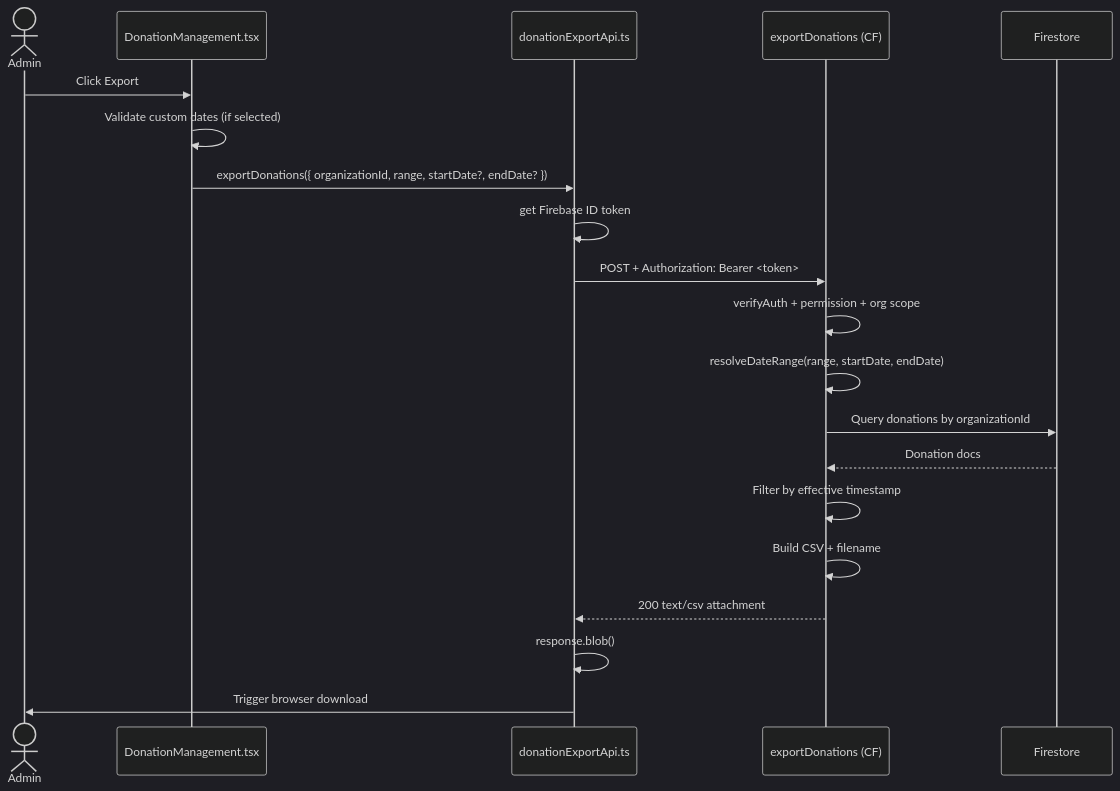
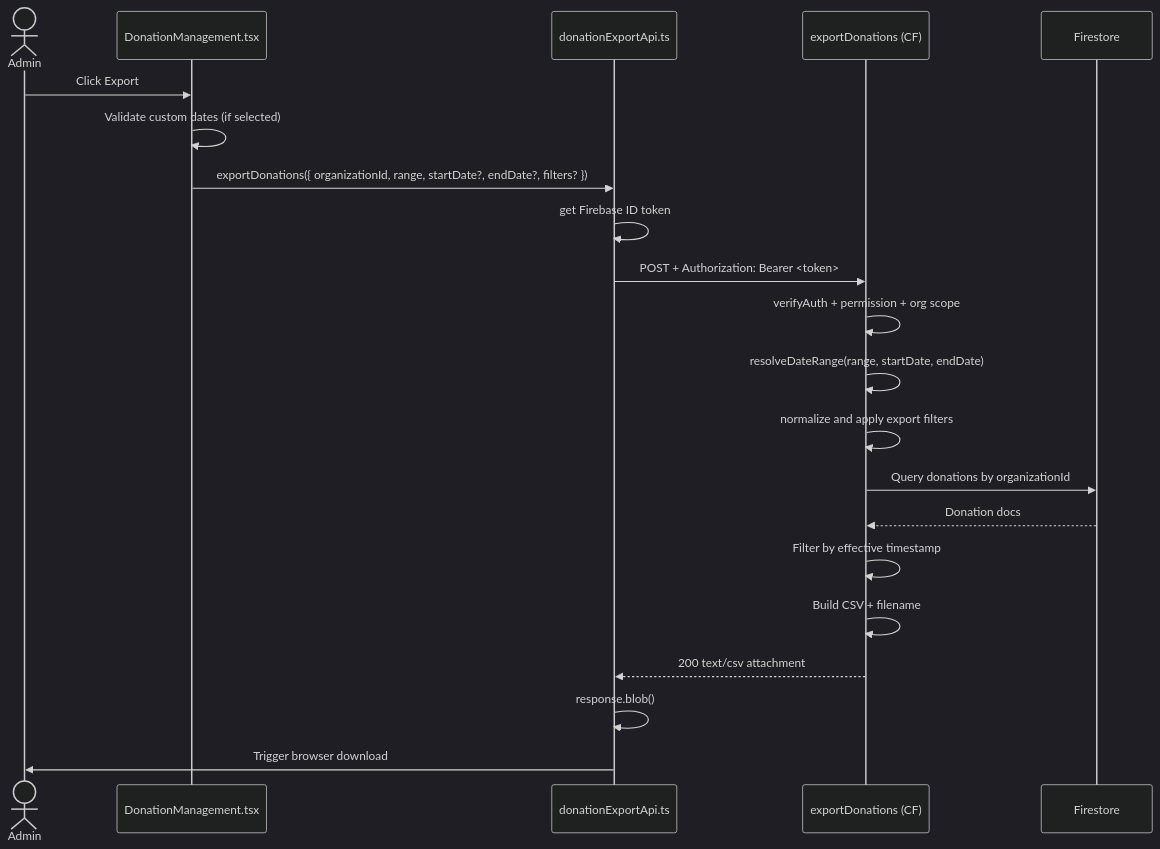
The second of 3 diagrams in docs/DONATION_EXPORT_FLOW.md (Yashraghuvans/SwiftCause_Web), drawn with Mermaid (dark theme) before and after one commit. The commit also changed other lines of this file, not shown here.

Commit message:
docs(donation-export): document server-side filter-based export behavior

````diff
--- a/docs/DONATION_EXPORT_FLOW.md
+++ b/docs/DONATION_EXPORT_FLOW.md
@@ -80,23 +81,24 @@
 ```mermaid
 sequenceDiagram
   actor Admin
   participant UI as DonationManagement.tsx
   participant API as donationExportApi.ts
   participant FN as exportDonations (CF)
   participant FS as Firestore
 
   Admin->>UI: Click Export
   UI->>UI: Validate custom dates (if selected)
-  UI->>API: exportDonations({ organizationId, range, startDate?, endDate? })
+  UI->>API: exportDonations({ organizationId, range, startDate?, endDate?, filters? })
   API->>API: get Firebase ID token
   API->>FN: POST + Authorization: Bearer <token>
   FN->>FN: verifyAuth + permission + org scope
   FN->>FN: resolveDateRange(range, startDate, endDate)
+  FN->>FN: normalize and apply export filters
   FN->>FS: Query donations by organizationId
   FS-->>FN: Donation docs
   FN->>FN: Filter by effective timestamp
   FN->>FN: Build CSV + filename
   FN-->>API: 200 text/csv attachment
   API->>API: response.blob()
   API->>Admin: Trigger browser download
 ```
````
